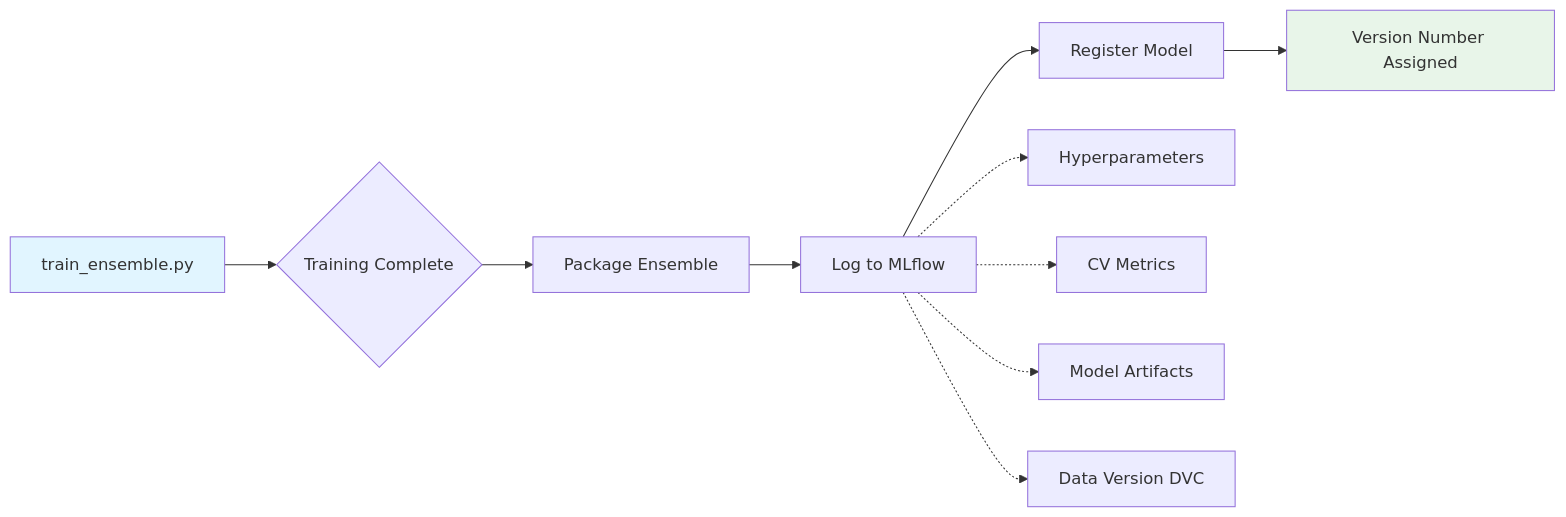
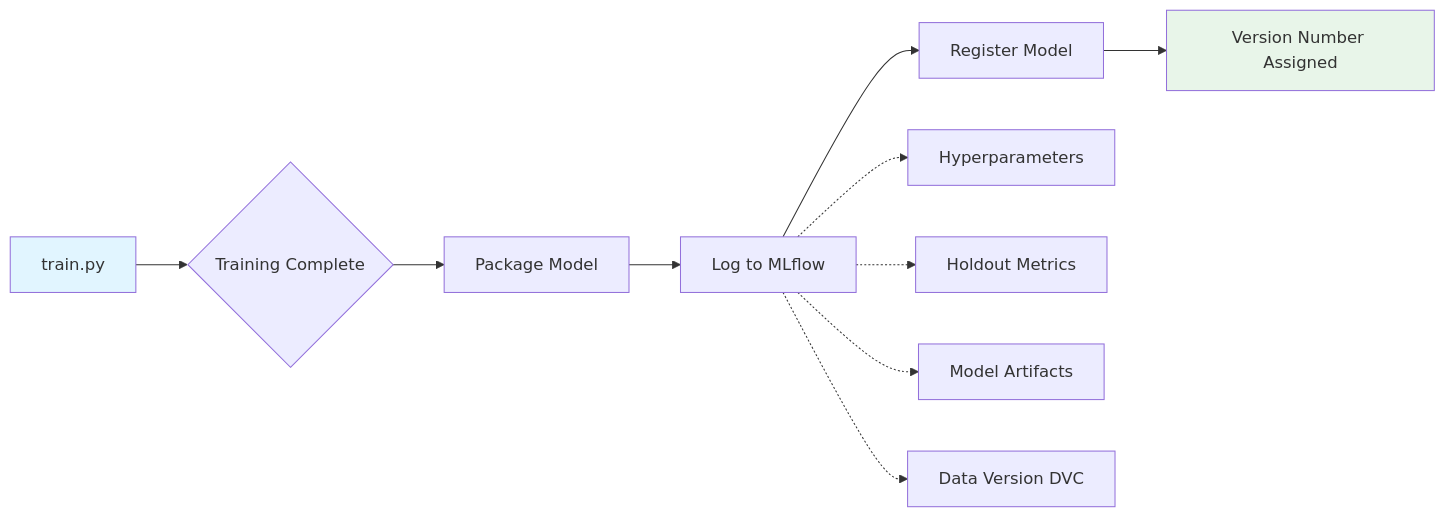
The second of 3 diagrams in docs/modelops/registry.md (bradleyboehmke/uc-bana-7075-reference-system), drawn with Mermaid before and after one commit. The commit also changed other lines of this file and 71 other files, not shown here.

````diff
--- a/docs/modelops/registry.md
+++ b/docs/modelops/registry.md
@@ -80,16 +80,16 @@
 ```mermaid
 graph LR
-    A[train_ensemble.py] --> B{Training Complete}
-    B --> C[Package Ensemble]
+    A[train.py] --> B{Training Complete}
+    B --> C[Package Model]
     C --> D[Log to MLflow]
     D --> E[Register Model]
     E --> F[Version Number Assigned]
 
     D -.-> G[Hyperparameters]
-    D -.-> H[CV Metrics]
+    D -.-> H[Holdout Metrics]
     D -.-> I[Model Artifacts]
     D -.-> J[Data Version DVC]
 
     style A fill:#e1f5ff
     style F fill:#e8f5e9
 ```
````
